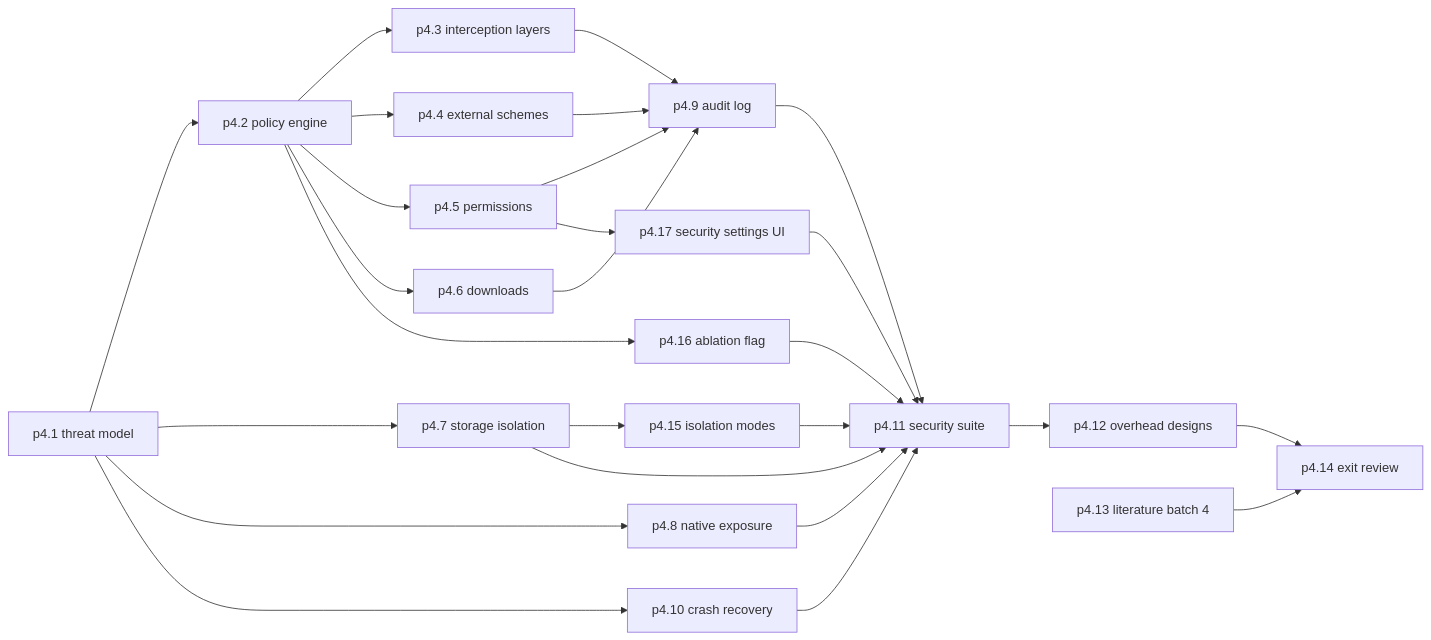
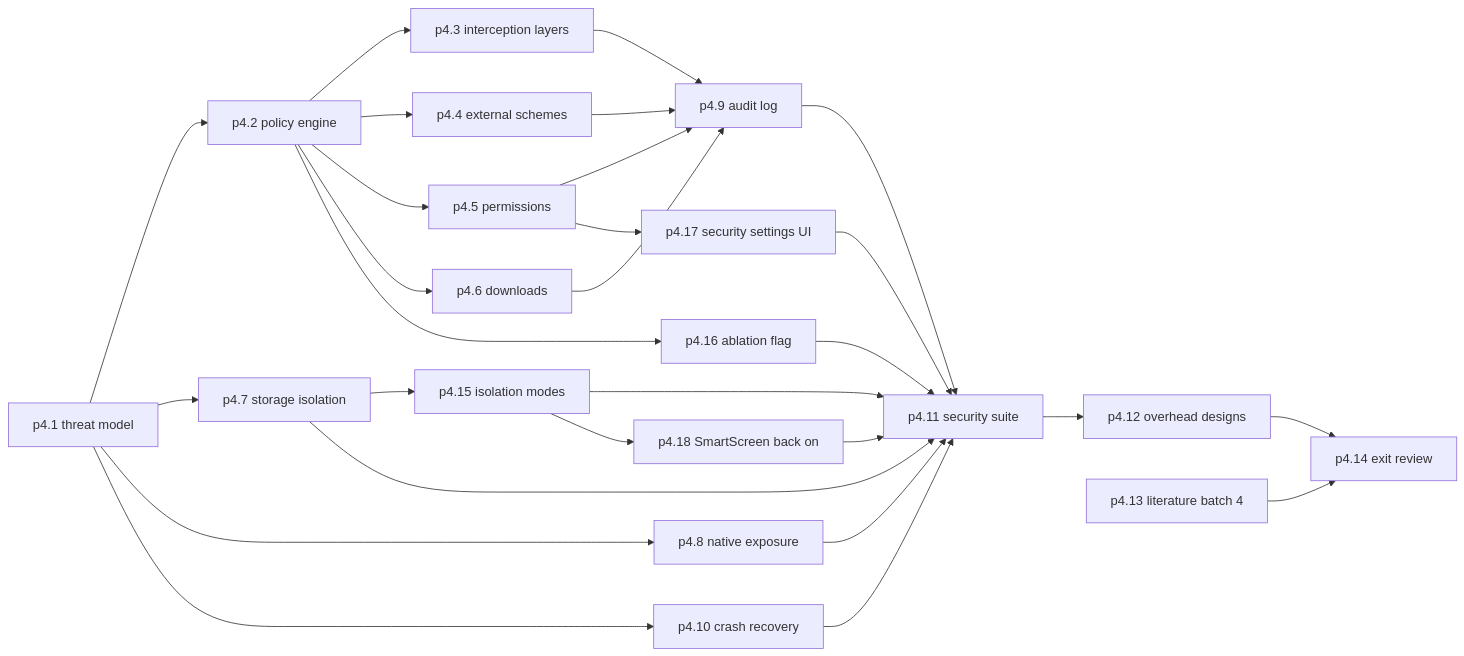
One commit to VarunOjha/nurav-ferrum changed the diagram in wiki/phases/phase-p4-security.md. Above: the diagram before and after it, drawn with Mermaid. The commit also changed other lines of this file and 9 other files, not shown here.

First line of the commit message:
docs(plan): Q-225 answered; add p4.18 SmartScreen back on [p4.18]

````diff
--- a/wiki/phases/phase-p4-security.md
+++ b/wiki/phases/phase-p4-security.md
@@ -170,28 +175,30 @@
 ```mermaid
 flowchart LR
   p4_1["p4.1 threat model"] --> p4_2["p4.2 policy engine"]
   p4_2 --> p4_3["p4.3 interception layers"]
   p4_2 --> p4_4["p4.4 external schemes"]
   p4_2 --> p4_5["p4.5 permissions"]
   p4_2 --> p4_6["p4.6 downloads"]
   p4_1 --> p4_7["p4.7 storage isolation"]
   p4_1 --> p4_8["p4.8 native exposure"]
   p4_3 --> p4_9["p4.9 audit log"]
   p4_4 --> p4_9
   p4_5 --> p4_9
   p4_6 --> p4_9
   p4_1 --> p4_10["p4.10 crash recovery"]
   p4_7 --> p4_15["p4.15 isolation modes"]
   p4_2 --> p4_16["p4.16 ablation flag"]
   p4_5 --> p4_17["p4.17 security settings UI"]
   p4_15 --> p4_11
   p4_16 --> p4_11
   p4_17 --> p4_11
+  p4_15 --> p4_18["p4.18 SmartScreen back on"]
+  p4_18 --> p4_11
   p4_7 --> p4_11["p4.11 security suite"]
   p4_8 --> p4_11
   p4_9 --> p4_11
   p4_10 --> p4_11
   p4_11 --> p4_12["p4.12 overhead designs"]
   p4_12 --> p4_14["p4.14 exit review"]
   p4_13["p4.13 literature batch 4"] --> p4_14
 ```
````
